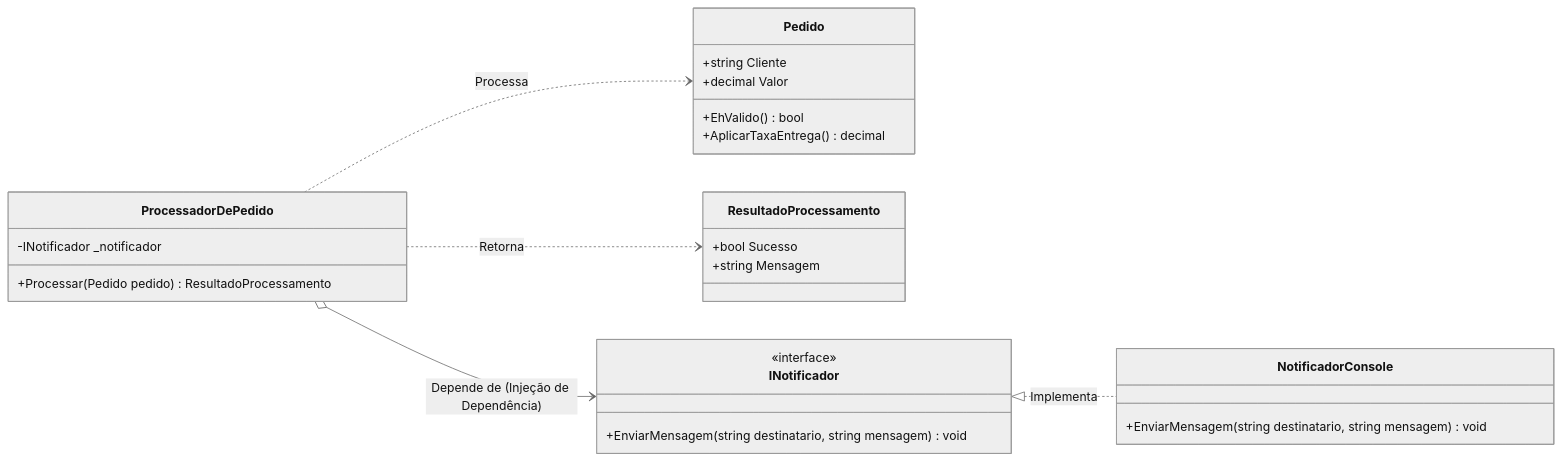
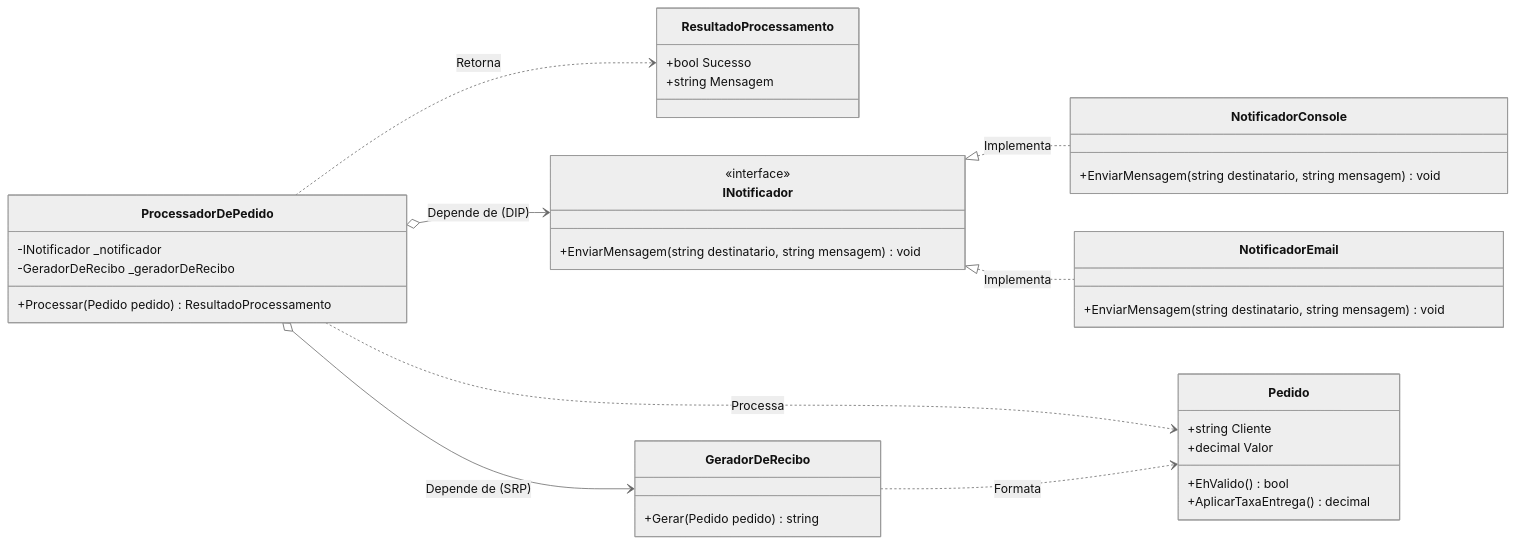
One commit to LeomarAlves/SeminarioSolid changed the first of 2 diagrams in README.MD. Above: the diagram before and after it, drawn with Mermaid (neutral theme). The commit also changed other lines of this file, not shown here.

````diff
--- a/README.MD
+++ b/README.MD
@@ -33,35 +38,47 @@
 ```mermaid
 classDiagram
     direction LR
 
     class Pedido {
         +string Cliente
         +decimal Valor
         +EhValido() bool
         +AplicarTaxaEntrega() decimal
     }
 
     class ResultadoProcessamento {
         +bool Sucesso
         +string Mensagem
     }
 
+    class GeradorDeRecibo {
+        +Gerar(Pedido pedido) string
+    }
+
     class INotificador {
         <<interface>>
         +EnviarMensagem(string destinatario, string mensagem) void
     }
 
     class NotificadorConsole {
         +EnviarMensagem(string destinatario, string mensagem) void
     }
 
+    class NotificadorEmail {
+        +EnviarMensagem(string destinatario, string mensagem) void
+    }
+
     class ProcessadorDePedido {
         -INotificador _notificador
+        -GeradorDeRecibo _geradorDeRecibo
         +Processar(Pedido pedido) ResultadoProcessamento
     }
 
     INotificador <|.. NotificadorConsole : Implementa
-    ProcessadorDePedido o--> INotificador : Depende de (Injeção de Dependência)
+    INotificador <|.. NotificadorEmail : Implementa
+    ProcessadorDePedido o--> INotificador : Depende de (DIP)
+    ProcessadorDePedido o--> GeradorDeRecibo : Depende de (SRP)
     ProcessadorDePedido ..> Pedido : Processa
     ProcessadorDePedido ..> ResultadoProcessamento : Retorna
+    GeradorDeRecibo ..> Pedido : Formata
 ```
````
